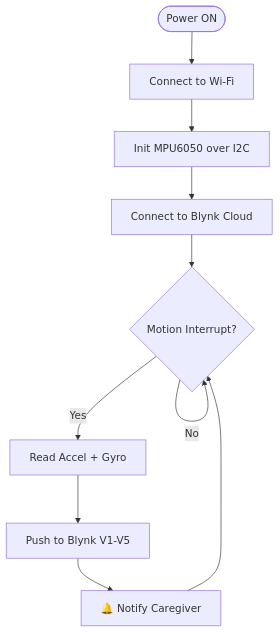
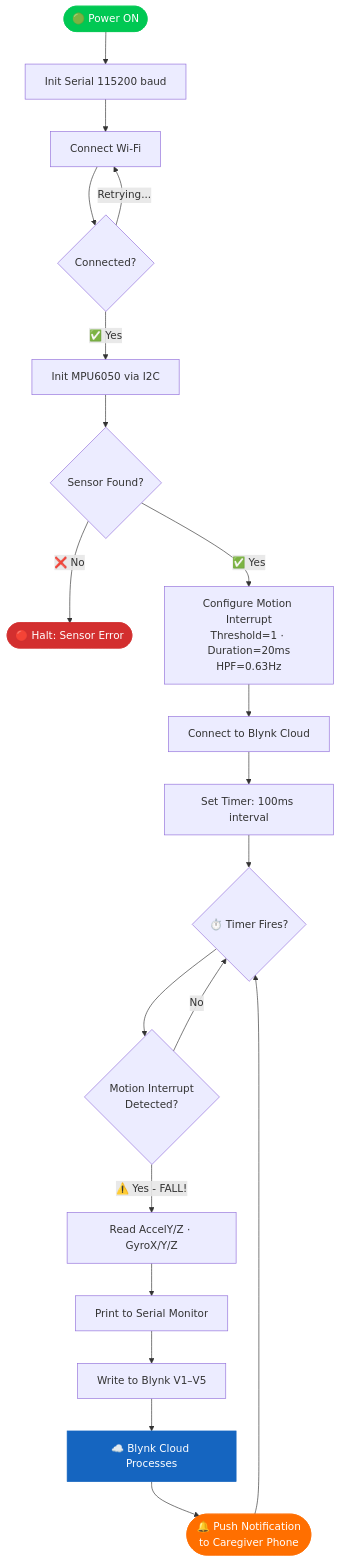
Before and after one commit to Haridharan1412/IOT-Elderly-Fall-Detection-: the second of 2 diagrams in README.md, drawn with Mermaid. The commit also changed other lines of this file, not shown here.

````diff
--- a/README.md
+++ b/README.md
@@ -143,12 +233,27 @@
 ```mermaid
 flowchart TD
-    A([Power ON]) --> B[Connect to Wi-Fi]
-    B --> C[Init MPU6050 over I2C]
-    C --> D[Connect to Blynk Cloud]
-    D --> E{Motion Interrupt?}
-    E -->|No| E
-    E -->|Yes| F[Read Accel + Gyro]
-    F --> G[Push to Blynk V1-V5]
-    G --> H[🔔 Notify Caregiver]
-    H --> E
+    A([🟢 Power ON]) --> B[Init Serial 115200 baud]
+    B --> C[Connect Wi-Fi]
+    C --> D{Connected?}
+    D -->|Retrying...| C
+    D -->|✅ Yes| E[Init MPU6050 via I2C]
+    E --> F{Sensor Found?}
+    F -->|❌ No| G([🔴 Halt: Sensor Error])
+    F -->|✅ Yes| H[Configure Motion Interrupt\nThreshold=1 · Duration=20ms\nHPF=0.63Hz]
+    H --> I[Connect to Blynk Cloud]
+    I --> J[Set Timer: 100ms interval]
+    J --> K{⏱️ Timer Fires?}
+    K --> L{Motion Interrupt\nDetected?}
+    L -->|No| K
+    L -->|⚠️ Yes - FALL!| M[Read AccelY/Z · GyroX/Y/Z]
+    M --> N[Print to Serial Monitor]
+    N --> O[Write to Blynk V1–V5]
+    O --> P[☁️ Blynk Cloud Processes]
+    P --> Q([🔔 Push Notification\nto Caregiver Phone])
+    Q --> K
+
+    style A fill:#00C853,color:#fff,stroke:#00C853
+    style G fill:#D32F2F,color:#fff,stroke:#D32F2F
+    style Q fill:#FF6F00,color:#fff,stroke:#FF6F00
+    style P fill:#1565C0,color:#fff,stroke:#1565C0
 ```
````
